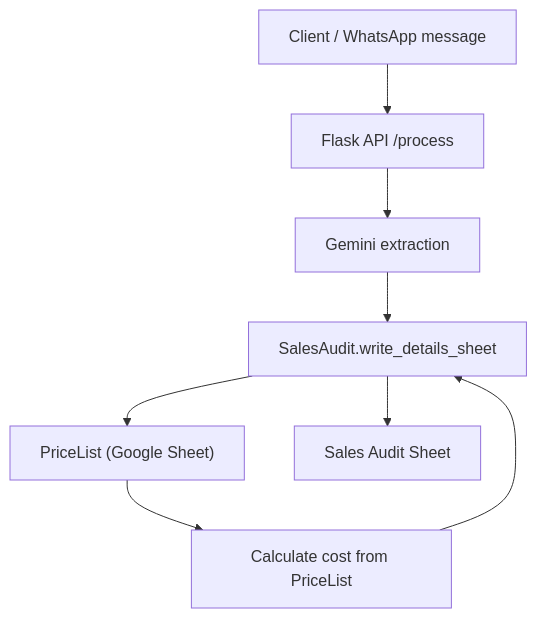
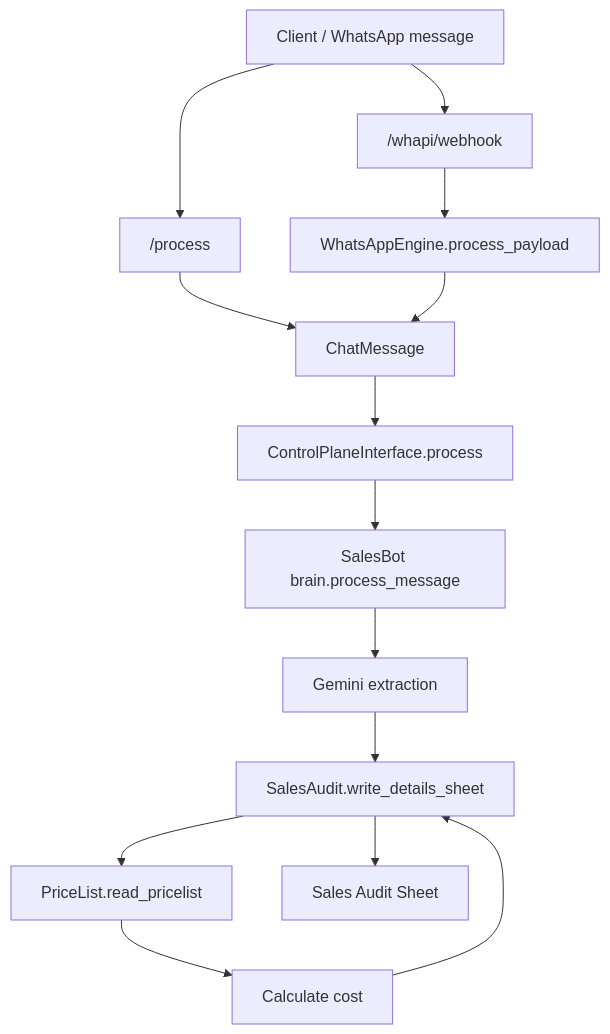
One commit to KodesiaYash/hotelStaffManager changed the first of 2 diagrams in README.md. Above: the diagram before and after it, drawn with Mermaid. The commit also changed other lines of this file and 50 other files, not shown here.

````diff
--- a/README.md
+++ b/README.md
@@ -109,10 +136,16 @@
 ```mermaid
 flowchart TD
-  User["Client / WhatsApp message"] --> API["Flask API /process"]
-  API --> Extract["Gemini extraction"]
+  User["Client / WhatsApp message"] --> Webhook["/whapi/webhook"]
+  User --> API["/process"]
+  Webhook --> Engine["WhatsAppEngine.process_payload"]
+  API --> Chat["ChatMessage"]
+  Engine --> Chat
+  Chat --> Control["ControlPlaneInterface.process"]
+  Control --> Brain["SalesBot brain.process_message"]
+  Brain --> Extract["Gemini extraction"]
   Extract --> Write["SalesAudit.write_details_sheet"]
-  Write --> Price["PriceList (Google Sheet)"]
-  Price --> Cost["Calculate cost from PriceList"]
+  Write --> Price["PriceList.read_pricelist"]
+  Price --> Cost["Calculate cost"]
   Cost --> Write
   Write --> Audit["Sales Audit Sheet"]
 ```
````
